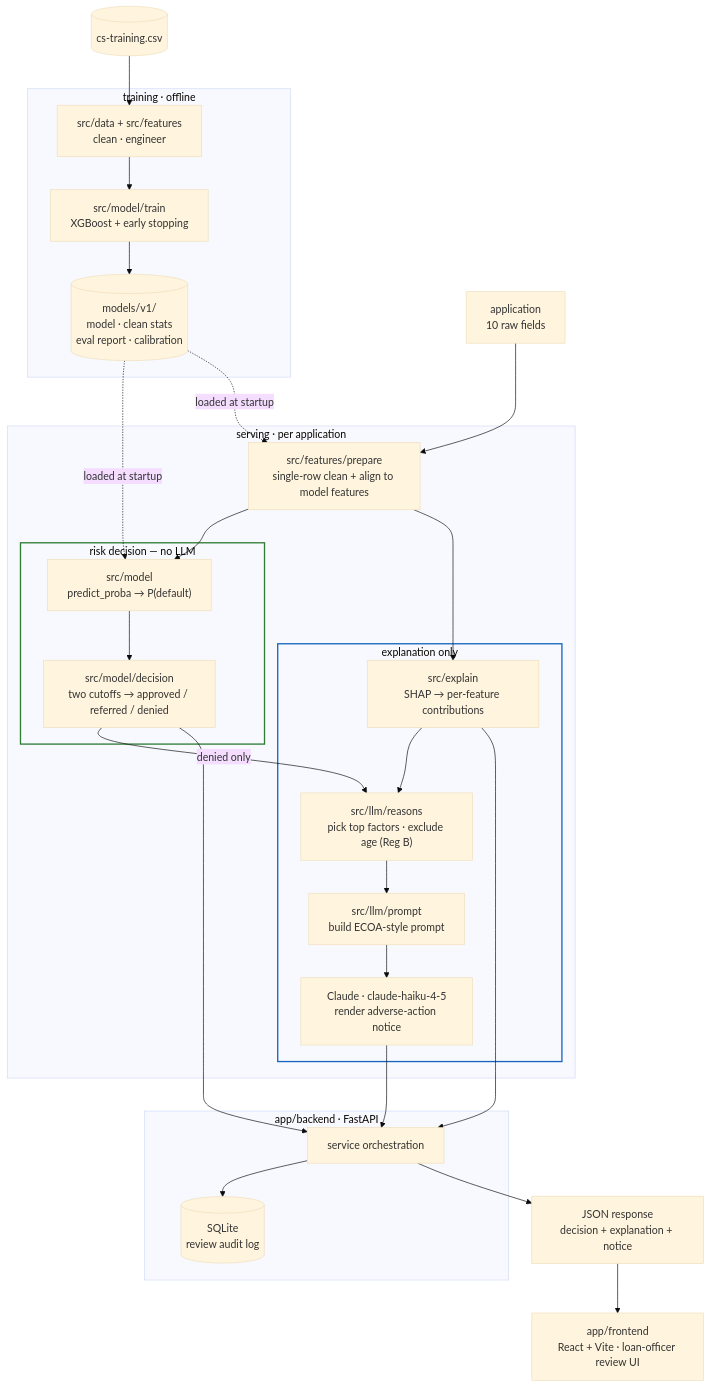
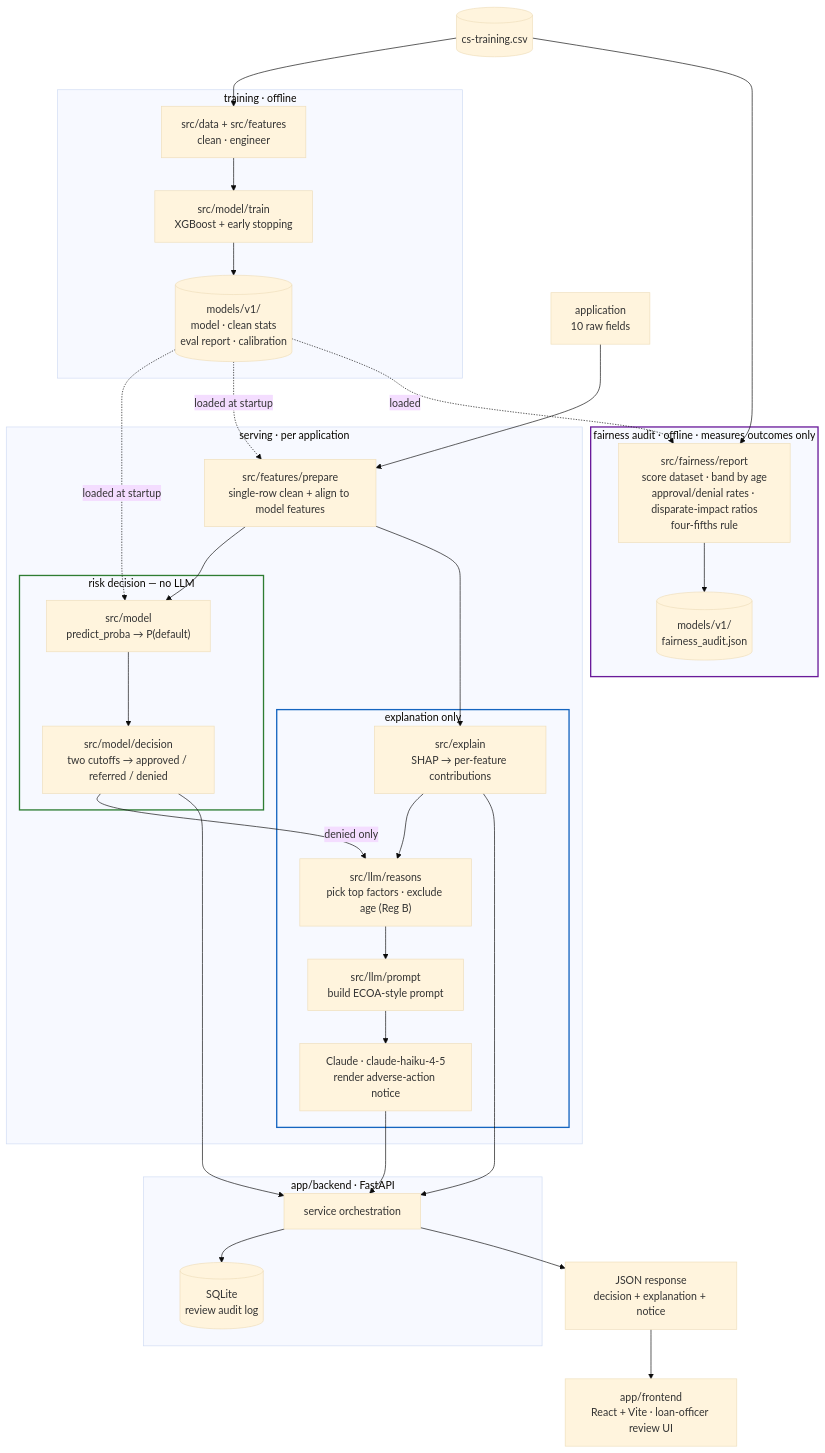
One commit to Haastastic/ai-underwriter changed the diagram in README.md. Above: the diagram before and after it, drawn with Mermaid (base theme). The commit also changed other lines of this file and 7 other files, not shown here.

````diff
--- a/README.md
+++ b/README.md
@@ -23,51 +23,59 @@
 ```mermaid
 flowchart TB
     CSV[("cs-training.csv")]
     REQ["application<br/>10 raw fields"]
 
     subgraph TRAIN["training · offline"]
       D1["src/data + src/features<br/>clean · engineer"]
       D2["src/model/train<br/>XGBoost + early stopping"]
       D1 --> D2 --> ART[("models/v1/<br/>model · clean stats<br/>eval report · calibration")]
     end
     CSV --> D1
 
     subgraph SERVE["serving · per application"]
       PREP["src/features/prepare<br/>single-row clean + align to model features"]
 
       subgraph DEC["risk decision — no LLM"]
         M["src/model<br/>predict_proba → P(default)"]
         P["src/model/decision<br/>two cutoffs → approved / referred / denied"]
         M --> P
       end
 
       subgraph EXP["explanation only"]
         S["src/explain<br/>SHAP → per-feature contributions"]
         R["src/llm/reasons<br/>pick top factors · exclude age (Reg B)"]
         PR["src/llm/prompt<br/>build ECOA-style prompt"]
         L["Claude · claude-haiku-4-5<br/>render adverse-action notice"]
         S --> R --> PR --> L
       end
 
       PREP --> M
       PREP --> S
       P -->|"denied only"| R
     end
 
     REQ --> PREP
     ART -. loaded at startup .-> M
     ART -. loaded at startup .-> PREP
 
     subgraph API["app/backend · FastAPI"]
       O["service orchestration"] --> DB[("SQLite<br/>review audit log")]
     end
 
     P --> O
     S --> O
     L --> O
     O --> OUT["JSON response<br/>decision + explanation + notice"]
     OUT --> FE["app/frontend<br/>React + Vite · loan-officer review UI"]
 
+    subgraph AUDIT["fairness audit · offline · measures outcomes only"]
+      FA["src/fairness/report<br/>score dataset · band by age<br/>approval/denial rates · disparate-impact ratios<br/>four-fifths rule"]
+      FA --> FR[("models/v1/<br/>fairness_audit.json")]
+    end
+    CSV --> FA
+    ART -. loaded .-> FA
+
     style DEC stroke:#2e7d32,stroke-width:2px
     style EXP stroke:#1565c0,stroke-width:2px
+    style AUDIT stroke:#6a1b9a,stroke-width:2px
 ```
````
